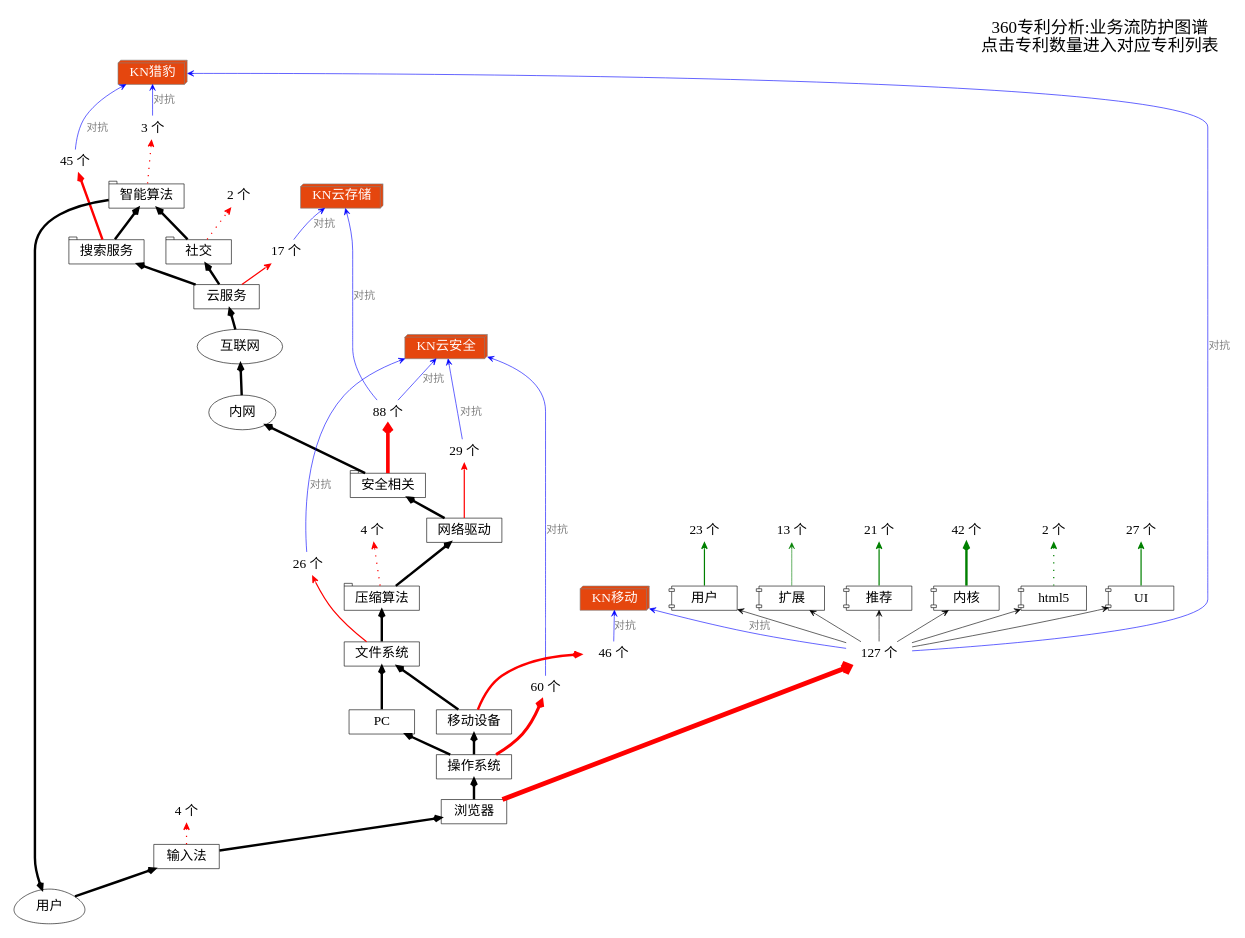
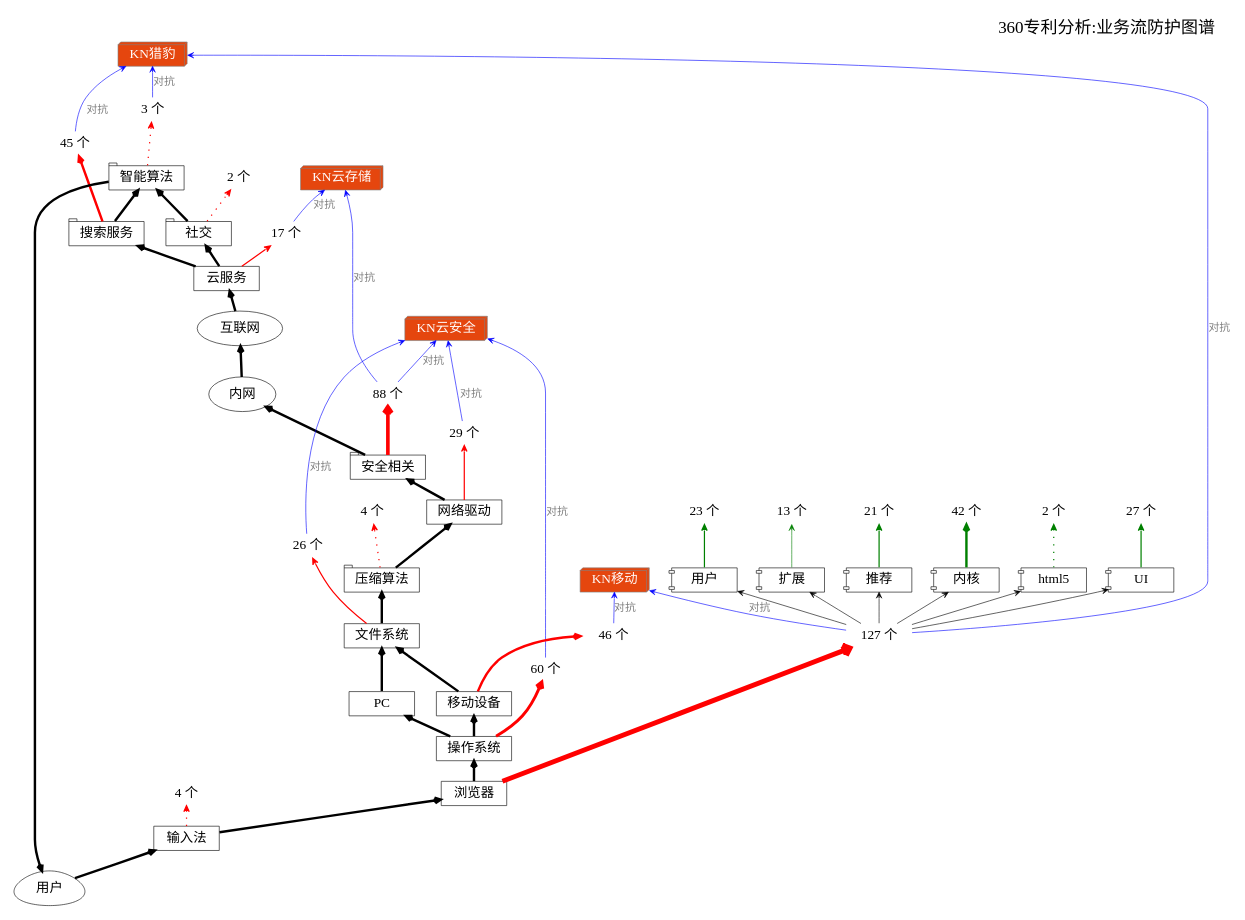
Before and after one commit to ZoomQuiet/zoomquiet.tangle: the diagram in dot/drm4k/patents360map.dot, drawn with Graphviz. The commit also changed 2 other files, not shown here.

```diff
--- a/dot/drm4k/patents360map.dot
+++ b/dot/drm4k/patents360map.dot
@@ -1,137 +1,137 @@
 digraph patents360map {
     /*生成命令:
 $ dot -Tpng patents360map.dot -o patents360map.png -Tcmapx -o patents360map.map
     全局设定
     */
-    graph [label="360专利分析:业务流防护图谱\n点击专利数量进入对应专利列表"
+    graph [label="360专利分析:业务流防护图谱"
         ,fontsize=14.0
         ,labeljust="r",labelloc="t",center=1
         ,ranksep=0.1,center=1,ratio=compress
         ,rankdir=BT
         ];
 
     node[fontsize=11.0,height=0.2
         ,style="setlinewidth(0.5)"
         ,shape=plaintext
         ];
 
     edge [fontsize=9.0,fontcolor=gray
         ,arrowsize=0.5,arrowhead=vee,arrowtail=none
         ,style="setlinewidth(0.5)"
         ];
 
     /*
     title->mailme->ZQ;
     start       [label="流程开始/结束",shape=point];
     end         [label="",shape=doublecircle,fillcolor=red];
 
     box         [label="实体/对象",shape=box];
     ellipse     [label="行动/节点",shape=ellipse];
     egg         [label="用户/人物",shape=egg];
     plaintext   [label="状态/属性",shape=plaintext,fillcolor=whitesmoke];
     diamond     [label="判别",shape=diamond];
     note        [label="注释",shape=note];
     tab         [label="目录/模块",shape=tab];
     db          [label="数据库",shape=box3d];
     component   [label="主机/组件",shape=component];
 
     */
 
     user    [label="用户",shape=egg];
     browser  [label="浏览器",shape=box];
         browser->pbrowser [color=red,style="setlinewidth(4)"];
         pbrowser [label="127 个",URL="b.html",shape=plaintext];
 
         pbrowser->{h5 ui account crx comm core};
             h5->ph5 [color=green,style="dotted"];
             ui->pui [color=green,style="setlinewidth(1)"];
             account->pacc [color=green,style="setlinewidth(1)"];
             crx->pcrx [color=green];
             comm->pcomm [color=green,style="setlinewidth(1)"];
             core->pcore [color=green,style="setlinewidth(2)"];
 
         h5  [label="html5",shape=component];
             ph5 [label="2 个",URL="h5.html",shape=plaintext];
         ui  [label="UI",shape=component];
             pui [label="27 个",URL="ui.html",shape=plaintext];
         account  [label="用户",shape=component];
             pacc [label="23 个",URL="acc.html",shape=plaintext];
         crx [label="扩展",shape=component];
             pcrx [label="13 个",URL="crx.html",shape=plaintext];
         comm [label="推荐",shape=component];
             pcomm [label="21 个",URL="comm.html",shape=plaintext];
         core [label="内核",shape=component];
             pcore [label="42 个",URL="core.html",shape=plaintext];
 
     IM [label="输入法",shape=box];
         IM->pim [color=red,style="dotted"];
         pim [label="4 个",URL="im.html",shape=plaintext];
     OS [label="操作系统",shape=box];
         OS->pos [color=red,style="setlinewidth(2.5)"];
         pos [label="60 个",URL="os.html",shape=plaintext];
     PC [label="PC",shape=box];
     M [label="移动设备",shape=box];
         M->pm [color=red,style="setlinewidth(2)"];
         pm [label="46 个",URL="m.html",shape=plaintext];
 
     C [label="压缩算法",shape=tab];
         C->pc [color=red,style="dotted"];
         pc [label="4 个",URL="c.html",shape=plaintext];
     SNS [label="社交",shape=tab];
         SNS->psns [color=red,style="dotted"];
         psns [label="2 个",URL="sns.html",shape=plaintext];
     S [label="安全相关",shape=tab];
         S->ps [color=red,style="setlinewidth(3)"];
         ps [label="88 个",URL="s.html",shape=plaintext];
     SE [label="搜索服务",shape=tab];
         SE->pse [color=red,style="setlinewidth(2)"];
         pse [label="45 个",URL="se.html",shape=plaintext];
     AI [label="智能算法",shape=tab];
         AI->pai [color=red,style="dotted"];
         pai [label="3 个",URL="ai.html",shape=plaintext];
 
     FS [label="文件系统",shape=box];
         FS->pfs [color=red,style="setlinewidth(1)"];
         pfs [label="26 个",URL="fs.html",shape=plaintext];
     NET [label="网络驱动",shape=box];
         NET->pnet [color=red,style="setlinewidth(1)"];
         pnet [label="29 个",URL="net.html",shape=plaintext];
     
     intranet [label="内网",shape=ellipse];
     internet [label="互联网",shape=ellipse];
 
     PaaS [label="云服务",shape=box];
         PaaS->ppaas [color=red,style="setlinewidth(1)"];
         ppaas [label="17 个",URL="paas.html",shape=plaintext];
 
 
     user->IM->browser->OS->{PC M}->FS->C->NET->S->intranet->internet [style="setlinewidth(2)"];
     internet->PaaS->{SNS SE}->AI->user [style="setlinewidth(2)"];
 
     KS [label="KN云安全",shape=box3d
         ,style="filled,setlinewidth(0.5)",fillcolor="#E5460E",color=gray,fontcolor=snow
        ];
     KC [label="KN云存储",shape=box3d
         ,style="filled,setlinewidth(0.5)",fillcolor="#E5460E",color=gray,fontcolor=snow
        ];
     KM [label="KN移动",shape=box3d
         ,style="filled,setlinewidth(0.5)",fillcolor="#E5460E",color=gray,fontcolor=snow
        ];
     KB [label="KN猎豹",shape=box3d
         ,style="filled,setlinewidth(0.5)",fillcolor="#E5460E",color=gray,fontcolor=snow
        ];
 
     {pbrowser pai pse }->KB[label="对抗",color=blue];
     {pm pbrowser}->KM[label="对抗",color=blue];
     {ppaas ps }->KC[label="对抗",color=blue];
     {pnet pfs ps pos}->KS[label="对抗",color=blue];
 
     edge [style=invis];
 
 /*
     PEOPLE->mailme;
 
 */
 
 
 }
```
